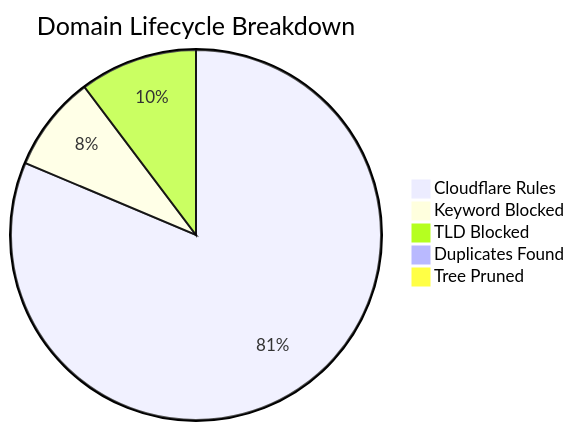
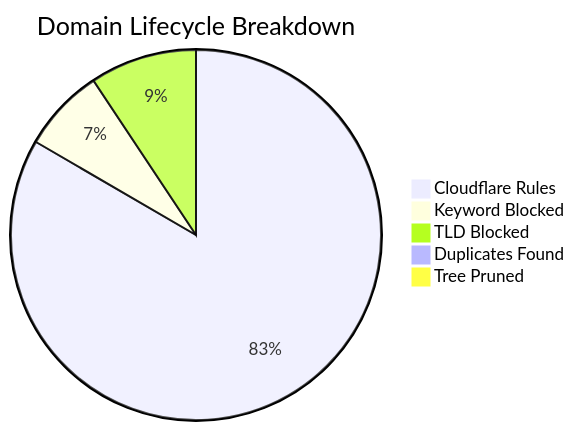
Before and after one commit to brojangles24/Cloudflare-ZeroTrust-AdBlock: the diagram in README_STATS.md, drawn with Mermaid. The commit also changed other lines of this file and 1 other file, not shown here.

````diff
--- a/README_STATS.md
+++ b/README_STATS.md
@@ -5,8 +5,8 @@
 ```mermaid
 pie title Domain Lifecycle Breakdown
-    "Cloudflare Rules" : 265131
-    "Keyword Blocked" : 27276
-    "TLD Blocked" : 33503
-    "Duplicates Found" : 817
-    "Tree Pruned" : 997
+    "Cloudflare Rules" : 313914
+    "Keyword Blocked" : 27444
+    "TLD Blocked" : 35118
+    "Duplicates Found" : 1059
+    "Tree Pruned" : 1091
 ```
````
